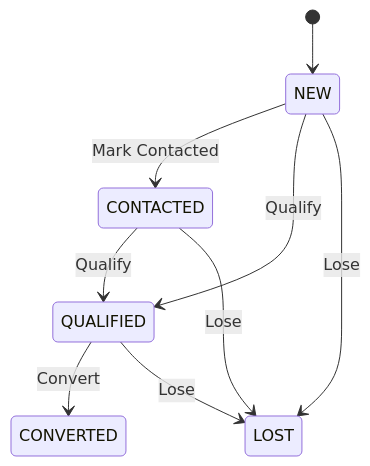
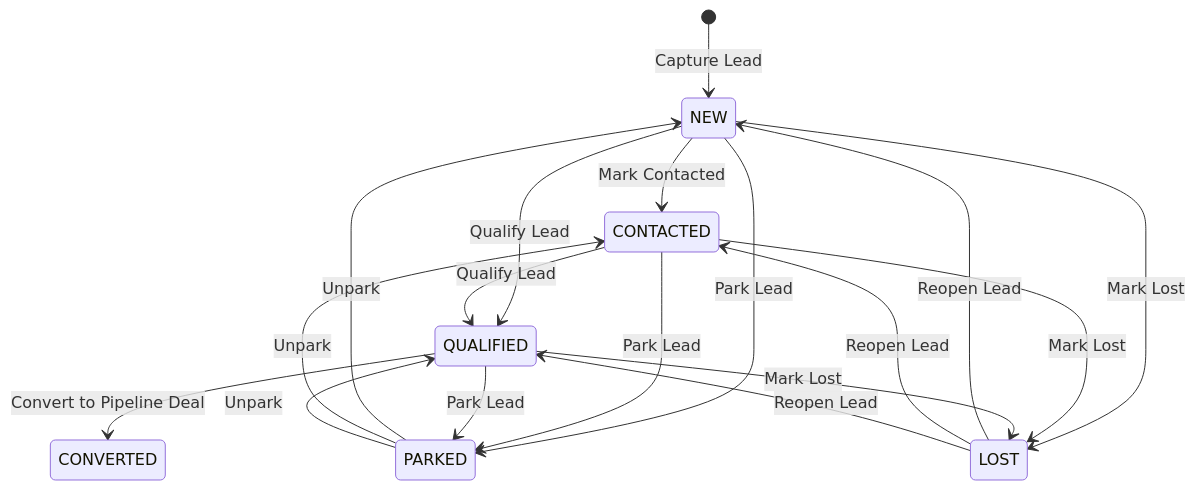
The first of 2 diagrams in user-guides/modules/crm.md (tenarm/docs), drawn with Mermaid before and after one commit. The commit also changed other lines of this file and 42 other files, not shown here.

````diff
--- a/user-guides/modules/crm.md
+++ b/user-guides/modules/crm.md
@@ -23,11 +54,20 @@
 ```mermaid
 stateDiagram-v2
-    [*] --> NEW
+    [*] --> NEW : Capture Lead
     NEW --> CONTACTED : Mark Contacted
-    NEW --> QUALIFIED : Qualify
-    CONTACTED --> QUALIFIED : Qualify
-    QUALIFIED --> CONVERTED : Convert
-    NEW --> LOST : Lose
-    CONTACTED --> LOST : Lose
-    QUALIFIED --> LOST : Lose
+    NEW --> QUALIFIED : Qualify Lead
+    CONTACTED --> QUALIFIED : Qualify Lead
+    QUALIFIED --> CONVERTED : Convert to Pipeline Deal
+    NEW --> PARKED : Park Lead
+    CONTACTED --> PARKED : Park Lead
+    QUALIFIED --> PARKED : Park Lead
+    PARKED --> NEW : Unpark
+    PARKED --> CONTACTED : Unpark
+    PARKED --> QUALIFIED : Unpark
+    NEW --> LOST : Mark Lost
+    CONTACTED --> LOST : Mark Lost
+    QUALIFIED --> LOST : Mark Lost
+    LOST --> NEW : Reopen Lead
+    LOST --> CONTACTED : Reopen Lead
+    LOST --> QUALIFIED : Reopen Lead
 ```
````
